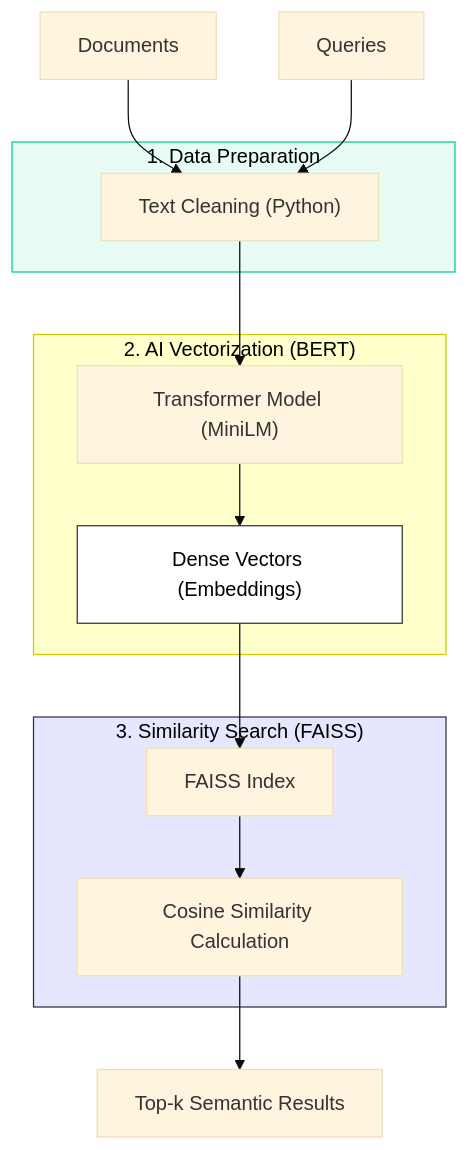
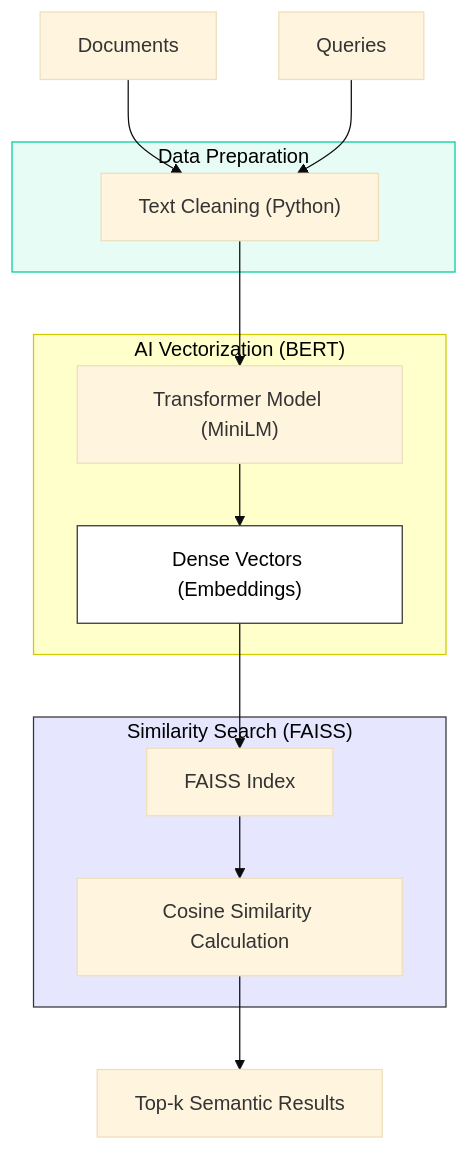
The second of 3 diagrams in README.en.md (Anthippi/Information-Retrieval-Systems), drawn with Mermaid (base theme) before and after one commit. The commit also changed other lines of this file, not shown here.

````diff
--- a/README.en.md
+++ b/README.en.md
@@ -47,43 +47,43 @@
 ```mermaid
 graph TD
     %% Input Data
     Docs["Documents"]
     Queries["Queries"]
 
     %% Step 1: Preprocessing
-    subgraph Prep ["1. Data Preparation"]
+    subgraph Prep ["Data Preparation"]
         Clean["Text Cleaning (Python)"]
     end
 
     %% Step 2: Vectorization
-    subgraph Model ["2. AI Vectorization (BERT)"]
+    subgraph Model ["AI Vectorization (BERT)"]
         Encoder["Transformer Model (MiniLM)"]
         Vectors["Dense Vectors (Embeddings)"]
     end
 
     %% Step 3: Search
-    subgraph Search ["3. Similarity Search (FAISS)"]
+    subgraph Search ["Similarity Search (FAISS)"]
         Index["FAISS Index"]
         Sim["Cosine Similarity Calculation"]
     end
 
     %% Output
     Results["Top-k Semantic Results"]
 
     %% Flow Connections
     Docs --> Clean
     Queries --> Clean
     
     Clean --> Encoder
     Encoder --> Vectors
     
     Vectors --> Index
     Index --> Sim
     Sim --> Results
 
     %% Styles (Pastel Colors + Black Text)
     style Prep fill:#e6fcf5,stroke:#0c9,color:#000
     style Model fill:#ffffcc,stroke:#cccc00,color:#000
     style Search fill:#e6e6ff,stroke:#333,color:#000
     style Vectors fill:#fff,stroke:#333,color:#000
 ```
````
